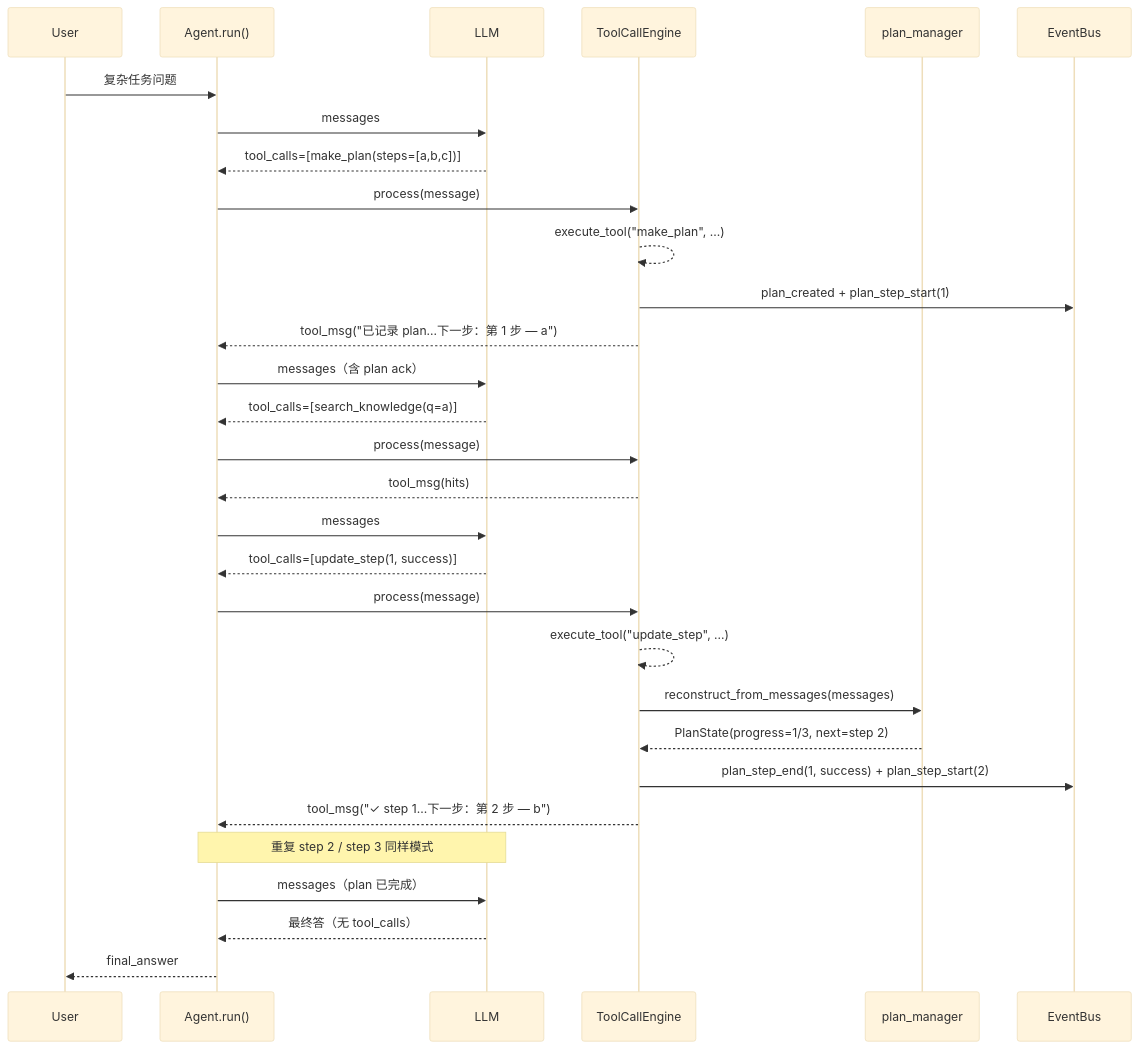
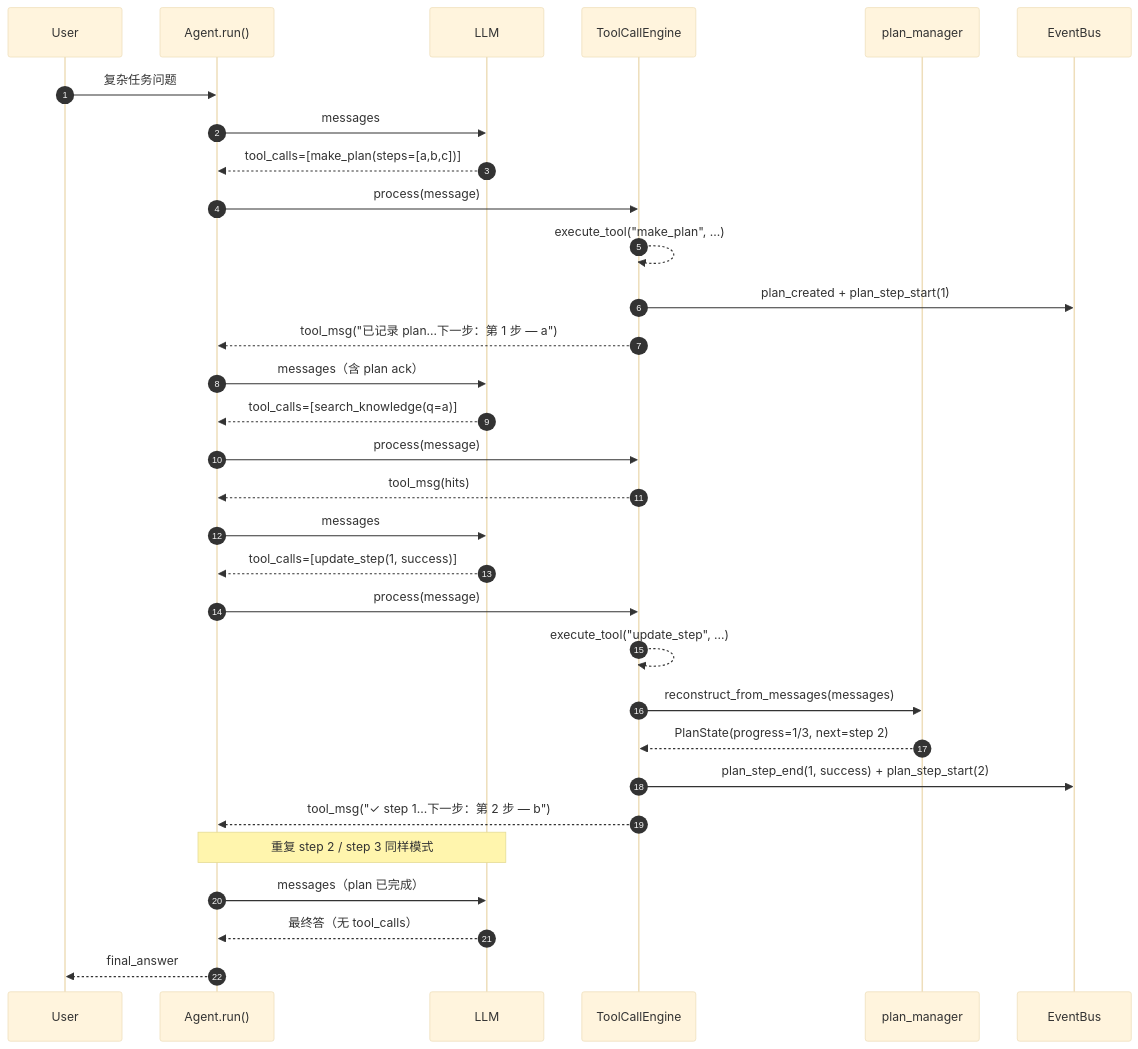
Diagram 17 of 20 in docs/design.md (michaelwangzhenan/AgentA), drawn with Mermaid (base theme) before and after one commit. The commit also changed other lines of this file and 24 other files, not shown here.

````diff
--- a/docs/design.md
+++ b/docs/design.md
@@ -813,37 +815,38 @@
 ```mermaid
 sequenceDiagram
+    autonumber
     participant U as User
     participant A as Agent.run()
     participant L as LLM
     participant TCE as ToolCallEngine
     participant PM as plan_manager
     participant EB as EventBus
 
     U->>A: 复杂任务问题
     A->>L: messages
     L-->>A: tool_calls=[make_plan(steps=[a,b,c])]
     A->>TCE: process(message)
     TCE-->>TCE: execute_tool("make_plan", ...)
     TCE->>EB: plan_created + plan_step_start(1)
     TCE-->>A: tool_msg("已记录 plan...下一步：第 1 步 — a")
 
     A->>L: messages（含 plan ack）
     L-->>A: tool_calls=[search_knowledge(q=a)]
     A->>TCE: process(message)
     TCE-->>A: tool_msg(hits)
 
     A->>L: messages
     L-->>A: tool_calls=[update_step(1, success)]
     A->>TCE: process(message)
     TCE-->>TCE: execute_tool("update_step", ...)
     TCE->>PM: reconstruct_from_messages(messages)
     PM-->>TCE: PlanState(progress=1/3, next=step 2)
     TCE->>EB: plan_step_end(1, success) + plan_step_start(2)
     TCE-->>A: tool_msg("✓ step 1...下一步：第 2 步 — b")
 
     Note over A,L: 重复 step 2 / step 3 同样模式
 
     A->>L: messages（plan 已完成）
     L-->>A: 最终答（无 tool_calls）
     A-->>U: final_answer
 ```
````
